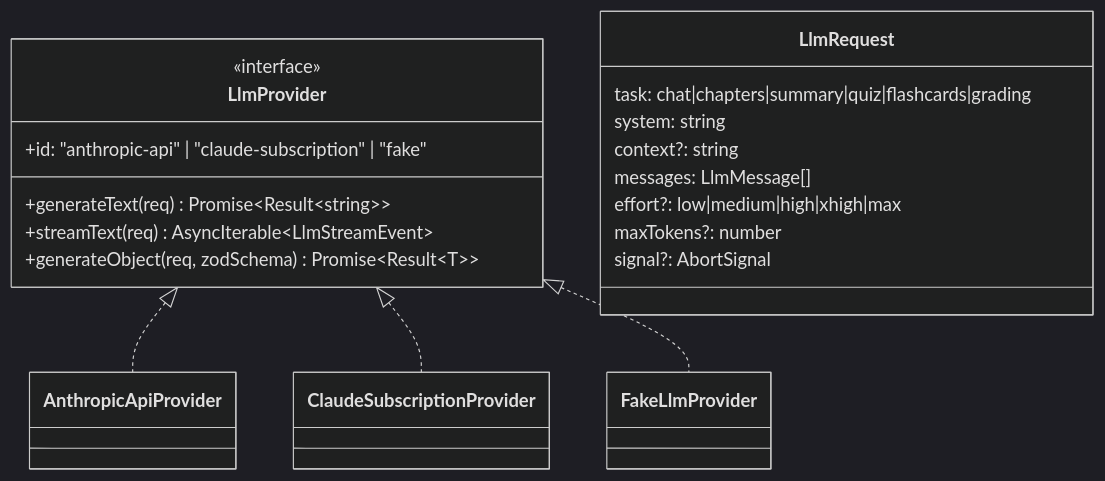
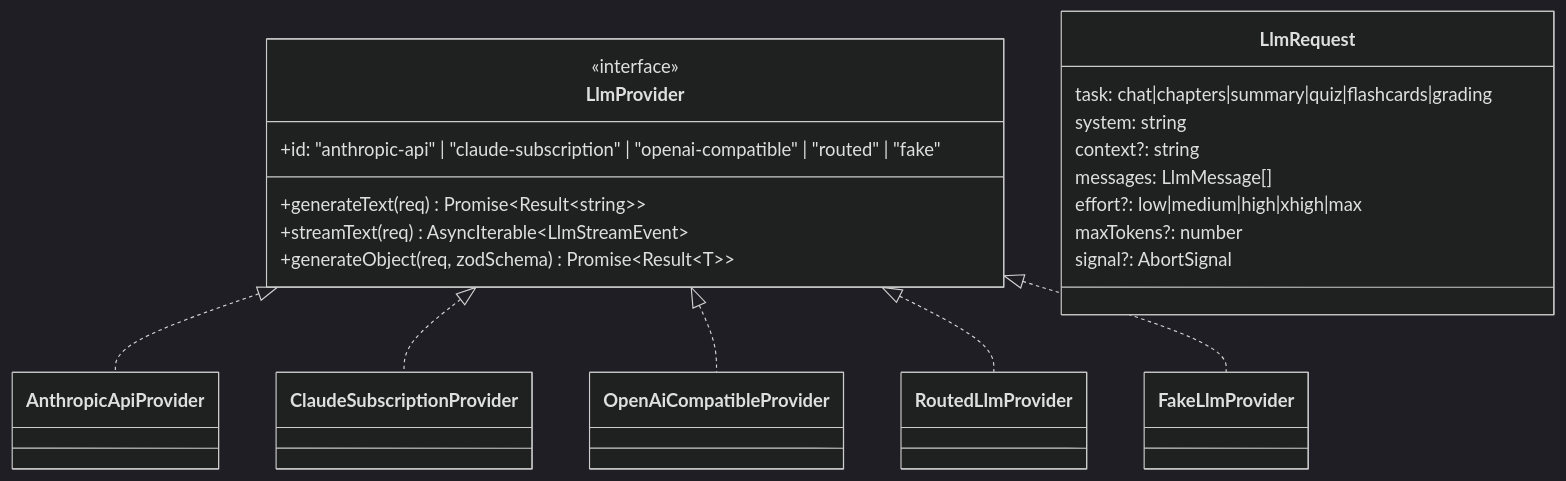
One commit to huannguyen2114/thoth changed the first of 2 diagrams in docs/technical_design/02-llm-providers.md. Above: the diagram before and after it, drawn with Mermaid (dark theme). The commit also changed other lines of this file and 38 other files, not shown here.

First line of the commit message:
feat(llm): OpenAI-compatible providers, per-task routing and keychain keys

````diff
--- a/docs/technical_design/02-llm-providers.md
+++ b/docs/technical_design/02-llm-providers.md
@@ -9,22 +9,24 @@
 ```mermaid
 classDiagram
   class LlmProvider {
     <<interface>>
-    +id: "anthropic-api" | "claude-subscription" | "fake"
+    +id: "anthropic-api" | "claude-subscription" | "openai-compatible" | "routed" | "fake"
     +generateText(req) Promise~Result~string~~
     +streamText(req) AsyncIterable~LlmStreamEvent~
     +generateObject(req, zodSchema) Promise~Result~T~~
   }
   class LlmRequest {
     task: chat|chapters|summary|quiz|flashcards|grading
     system: string
     context?: string
     messages: LlmMessage[]
     effort?: low|medium|high|xhigh|max
     maxTokens?: number
     signal?: AbortSignal
   }
   LlmProvider <|.. AnthropicApiProvider
   LlmProvider <|.. ClaudeSubscriptionProvider
+  LlmProvider <|.. OpenAiCompatibleProvider
+  LlmProvider <|.. RoutedLlmProvider
   LlmProvider <|.. FakeLlmProvider
 ```
````
